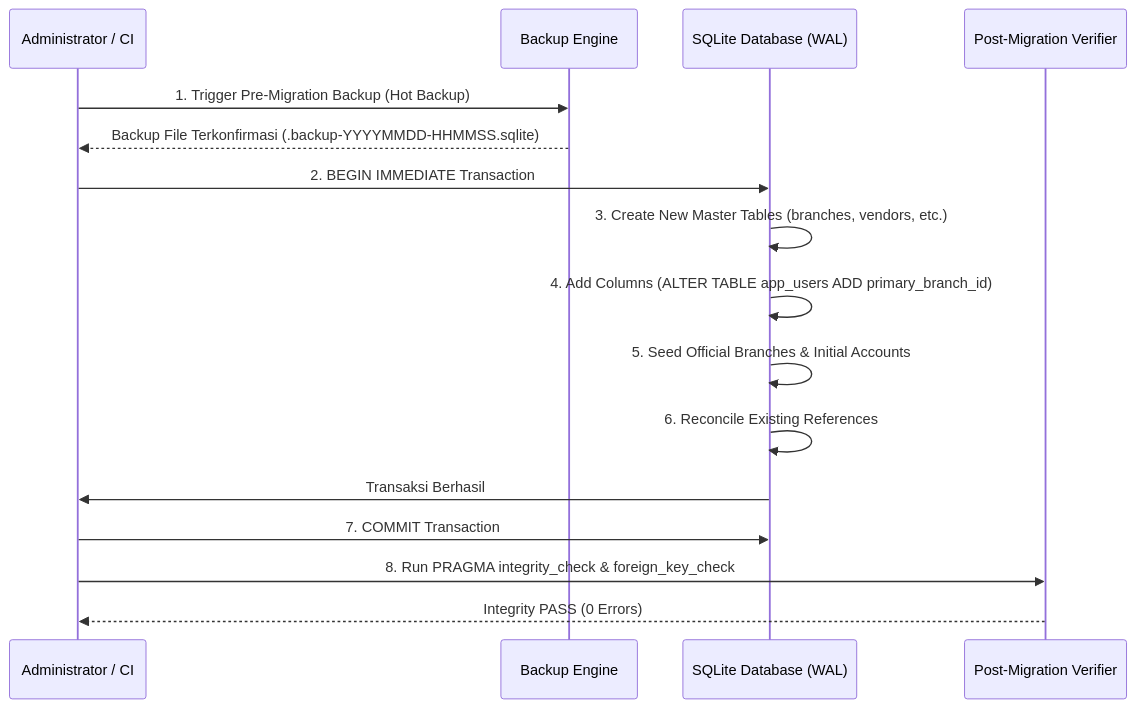
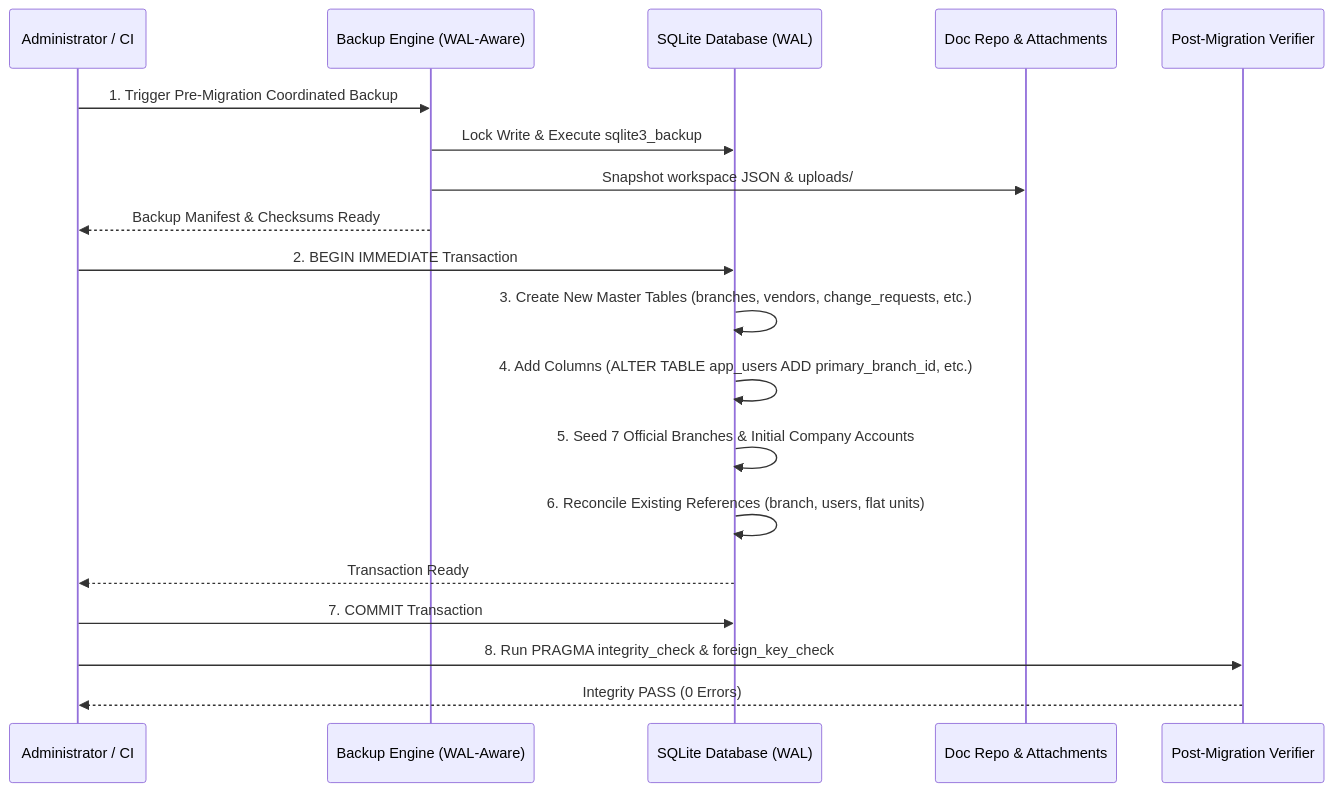
The diagram in docs/database/migration-and-reconciliation-plan.md (beerrros04/blc-procurement), drawn with Mermaid before and after one commit. The commit also changed other lines of this file and 16 other files, not shown here.

Commit message:
docs(database): finalize database architecture v1 addendum with PO decisions

````diff
--- a/docs/database/migration-and-reconciliation-plan.md
+++ b/docs/database/migration-and-reconciliation-plan.md
@@ -63,19 +78,22 @@
 ```mermaid
 sequenceDiagram
     participant Admin as Administrator / CI
-    participant Backup as Backup Engine
+    participant Backup as Backup Engine (WAL-Aware)
     participant SQLite as SQLite Database (WAL)
+    participant Files as Doc Repo & Attachments
     participant Validator as Post-Migration Verifier
 
-    Admin->>Backup: 1. Trigger Pre-Migration Backup (Hot Backup)
-    Backup-->>Admin: Backup File Terkonfirmasi (.backup-YYYYMMDD-HHMMSS.sqlite)
+    Admin->>Backup: 1. Trigger Pre-Migration Coordinated Backup
+    Backup->>SQLite: Lock Write & Execute sqlite3_backup
+    Backup->>Files: Snapshot workspace JSON & uploads/
+    Backup-->>Admin: Backup Manifest & Checksums Ready
     Admin->>SQLite: 2. BEGIN IMMEDIATE Transaction
-    SQLite->>SQLite: 3. Create New Master Tables (branches, vendors, etc.)
-    SQLite->>SQLite: 4. Add Columns (ALTER TABLE app_users ADD primary_branch_id)
-    SQLite->>SQLite: 5. Seed Official Branches & Initial Accounts
-    SQLite->>SQLite: 6. Reconcile Existing References
-    SQLite->>Admin: Transaksi Berhasil
+    SQLite->>SQLite: 3. Create New Master Tables (branches, vendors, change_requests, etc.)
+    SQLite->>SQLite: 4. Add Columns (ALTER TABLE app_users ADD primary_branch_id, etc.)
+    SQLite->>SQLite: 5. Seed 7 Official Branches & Initial Company Accounts
+    SQLite->>SQLite: 6. Reconcile Existing References (branch, users, flat units)
+    SQLite-->>Admin: Transaction Ready
     Admin->>SQLite: 7. COMMIT Transaction
     Admin->>Validator: 8. Run PRAGMA integrity_check & foreign_key_check
     Validator-->>Admin: Integrity PASS (0 Errors)
 ```
````
